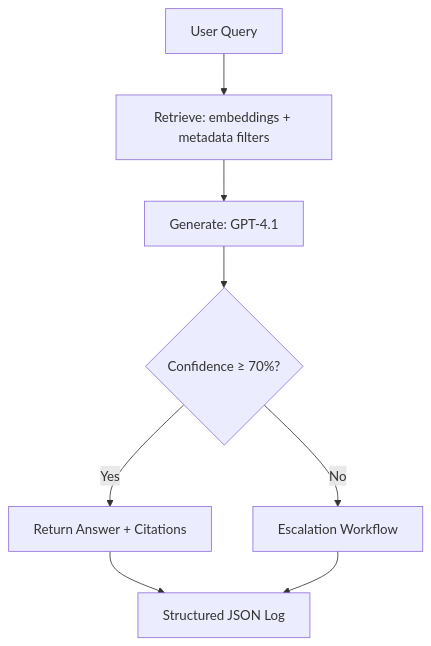
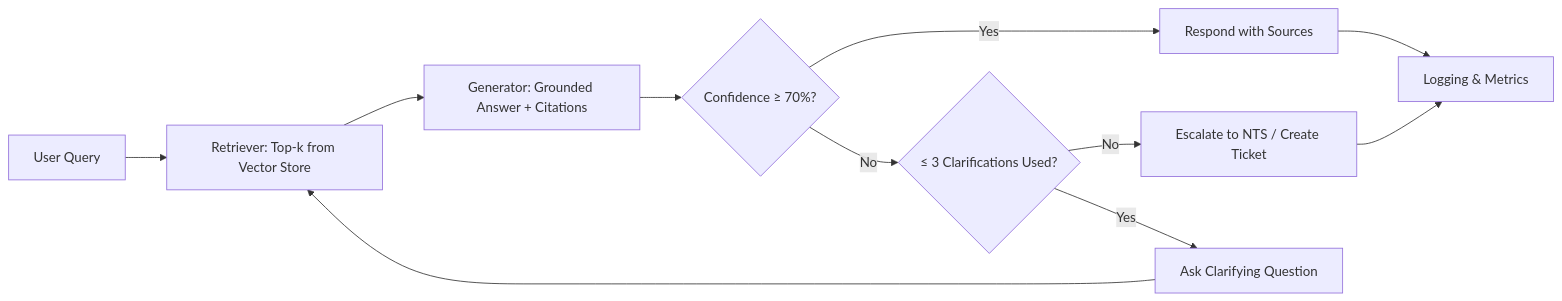
One commit to ChrisKe89/Atticus changed the diagram in AGENTS.md. Above: the diagram before and after it, drawn with Mermaid. The commit also changed other lines of this file, not shown here.

````diff
--- a/AGENTS.md
+++ b/AGENTS.md
@@ -146,10 +160,13 @@
 ```mermaid
-flowchart TD
-    A[User Query] --> B[Retrieve: embeddings + metadata filters]
-    B --> C[Generate: GPT-4.1]
+flowchart LR
+    A[User Query] --> B[Retriever: Top-k from Vector Store]
+    B --> C[Generator: Grounded Answer + Citations]
     C --> D{Confidence ≥ 70%?}
-    D -- Yes --> E[Return Answer + Citations]
-    D -- No --> F[Escalation Workflow]
-    E --> G[Structured JSON Log]
-    F --> G[Structured JSON Log]
+    D -- Yes --> E[Respond with Sources]
+    D -- No --> F{≤ 3 Clarifications Used?}
+    F -- No --> G[Escalate to NTS / Create Ticket]
+    F -- Yes --> H[Ask Clarifying Question]
+    H --> B
+    E --> I[Logging & Metrics]
+    G --> I[Logging & Metrics]
 ```
````
